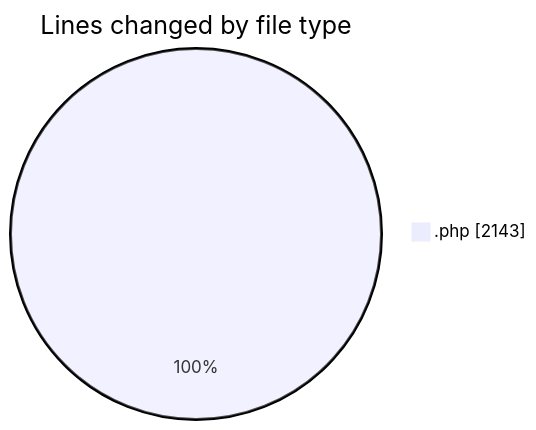
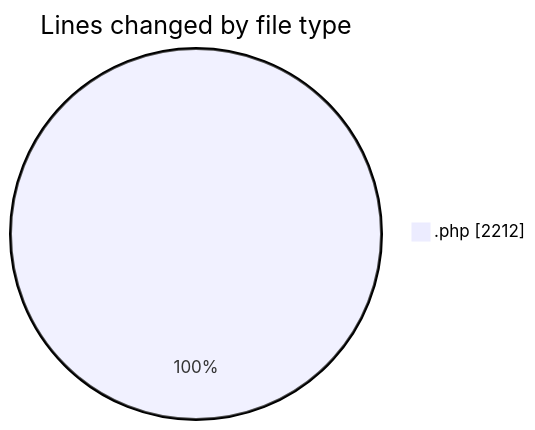
One commit to LanceThiago/code-tracking changed the first of 2 diagrams in 2025-05-12/web/README.md. Above: the diagram before and after it, drawn with Mermaid. The commit also changed other lines of this file and 1 other file, not shown here.

````diff
--- a/2025-05-12/web/README.md
+++ b/2025-05-12/web/README.md
@@ -21,5 +22,5 @@
 ```mermaid
 pie showData
 title Lines changed by file type
-".php" : 2143
+".php" : 2212
 ```
````
